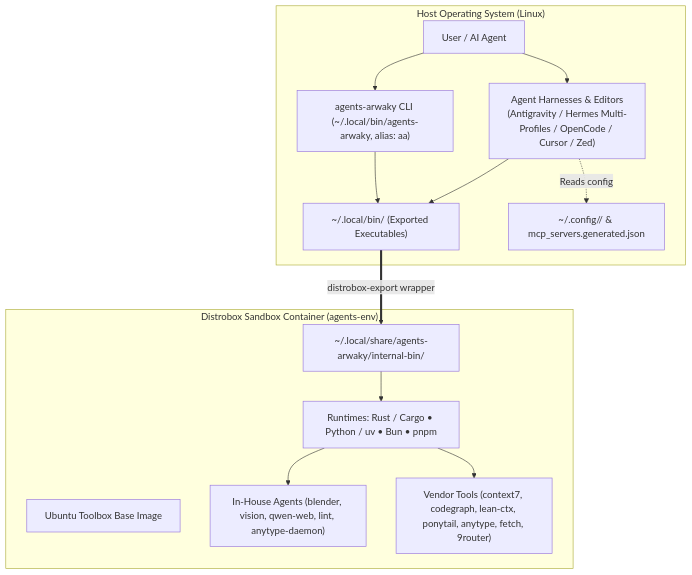
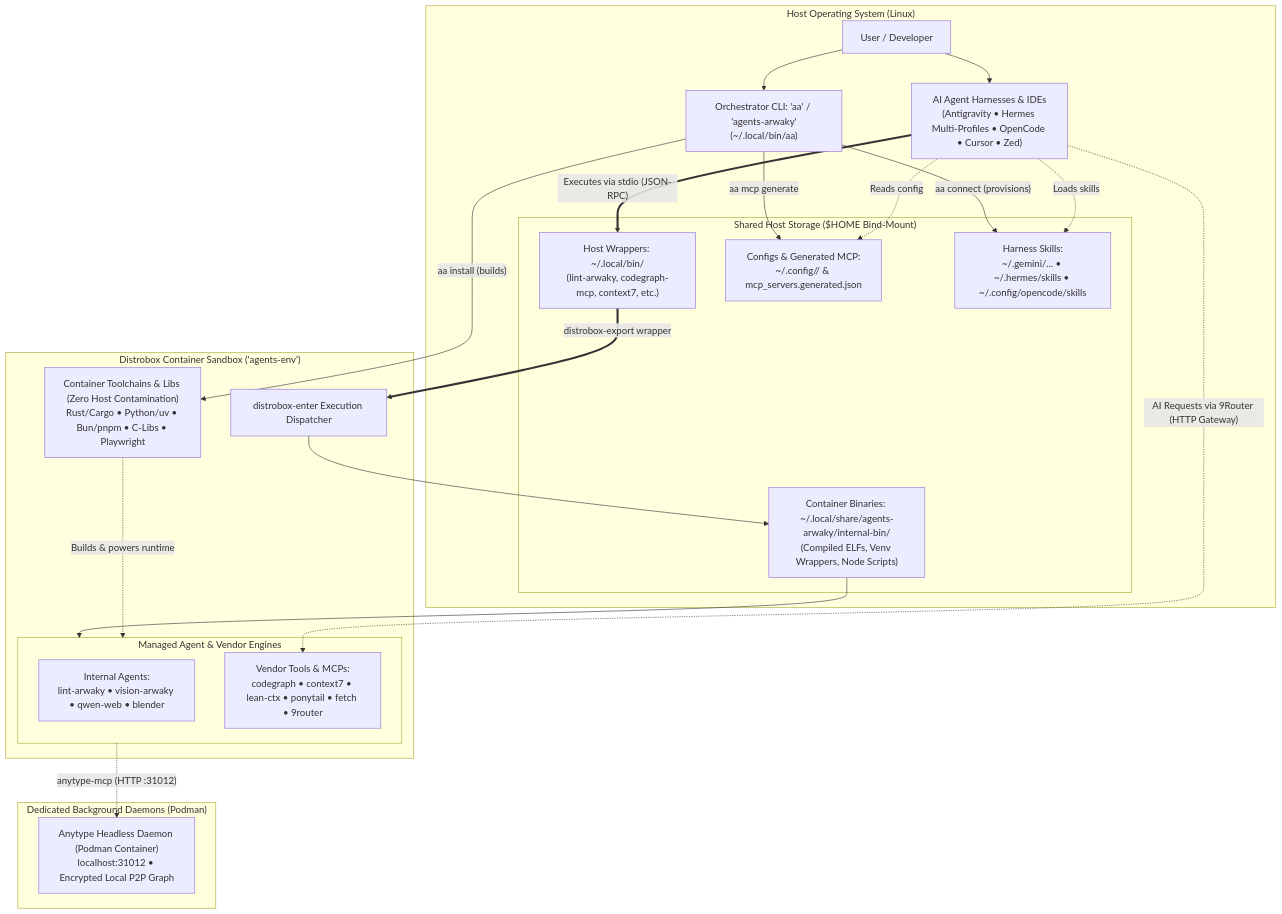
One commit to rakaarwaky/agents-arwaky changed the diagram in README.md. Above: the diagram before and after it, drawn with Mermaid. The commit also changed other lines of this file, not shown here.

First line of the commit message:
docs(readme): update architecture diagram and subproject status

````diff
--- a/README.md
+++ b/README.md
@@ -60,28 +48,51 @@
 ```mermaid
 flowchart TB
-    subgraph Host["Host Operating System (Linux)"]
-        User["User / AI Agent"]
-        CLI["agents-arwaky CLI (~/.local/bin/agents-arwaky, alias: aa)"]
-        BinDir["~/.local/bin/ (Exported Executables)"]
-        Clients["Agent Harnesses & Editors\n(Antigravity / Hermes Multi-Profiles / OpenCode / Cursor / Zed)"]
-        Configs["~/.config/<tool>/ & mcp_servers.generated.json"]
+    subgraph HostOS["Host Operating System (Linux)"]
+        User["User / Developer"]
+        Harnesses["AI Agent Harnesses & IDEs\n(Antigravity • Hermes Multi-Profiles • OpenCode • Cursor • Zed)"]
+        CLI["Orchestrator CLI: 'aa' / 'agents-arwaky'\n(~/.local/bin/aa)"]
+      
+        subgraph XDGShared["Shared Host Storage ($HOME Bind-Mount)"]
+            Launchers["Host Wrappers: ~/.local/bin/\n(lint-arwaky, codegraph-mcp, context7, etc.)"]
+            InternalBin["Container Binaries: ~/.local/share/agents-arwaky/internal-bin/\n(Compiled ELFs, Venv Wrappers, Node Scripts)"]
+            XDGConfigs["Configs & Generated MCP:\n~/.config/<tool>/ & mcp_servers.generated.json"]
+            XDGSkills["Harness Skills:\n~/.gemini/... • ~/.hermes/skills • ~/.config/opencode/skills"]
+        end
     end
 
-    subgraph Container["Distrobox Sandbox Container (agents-env)"]
-        Base["Ubuntu Toolbox Base Image"]
-        Toolchains["Runtimes: Rust / Cargo • Python / uv • Bun • pnpm"]
-        InternalApps["In-House Agents (blender, vision, qwen-web, lint, anytype-daemon)"]
-        VendorApps["Vendor Tools (context7, codegraph, lean-ctx, ponytail, anytype, fetch, 9router)"]
-        InternalBin["~/.local/share/agents-arwaky/internal-bin/"]
+    subgraph DistroboxEnv["Distrobox Container Sandbox ('agents-env')"]
+        DistroboxEngine["distrobox-enter Execution Dispatcher"]
+        IsolatedRuntimes["Container Toolchains & Libs (Zero Host Contamination)\nRust/Cargo • Python/uv • Bun/pnpm • C-Libs • Playwright"]
+      
+        subgraph AgentsAndTools["Managed Agent & Vendor Engines"]
+            InternalAgents["Internal Agents:\nlint-arwaky • vision-arwaky • qwen-web • blender"]
+            VendorTools["Vendor Tools & MCPs:\ncodegraph • context7 • lean-ctx • ponytail • fetch • 9router"]
+        end
     end
 
+    subgraph SidecarServices["Dedicated Background Daemons (Podman)"]
+        AnytypeDaemon["Anytype Headless Daemon (Podman Container)\nlocalhost:31012 • Encrypted Local P2P Graph"]
+    end
+
+    %% User & CLI interactions
     User --> CLI
-    User --> Clients
-    Clients -. Reads config .-> Configs
-    Clients --> BinDir
-    CLI --> BinDir
-    BinDir == "distrobox-export wrapper" ==> InternalBin
-    InternalBin --> Toolchains
-    Toolchains --> InternalApps
-    Toolchains --> VendorApps
+    User --> Harnesses
+    CLI -- "aa connect (provisions)" --> XDGSkills
+    CLI -- "aa mcp generate" --> XDGConfigs
+    CLI -- "aa install (builds)" --> IsolatedRuntimes
+
+    %% Harness interactions
+    Harnesses -. "Reads config" .-> XDGConfigs
+    Harnesses -. "Loads skills" .-> XDGSkills
+    Harnesses == "Executes via stdio (JSON-RPC)" ==> Launchers
+
+    %% Host wrapper to Distrobox execution
+    Launchers == "distrobox-export wrapper" ==> DistroboxEngine
+    DistroboxEngine --> InternalBin
+    InternalBin --> AgentsAndTools
+    IsolatedRuntimes -. "Builds & powers runtime" .-> AgentsAndTools
+
+    %% Daemons & Services
+    AgentsAndTools -. "anytype-mcp (HTTP :31012)" .-> AnytypeDaemon
+    Harnesses -. "AI Requests via 9Router (HTTP Gateway)" .-> VendorTools
 ```
````
